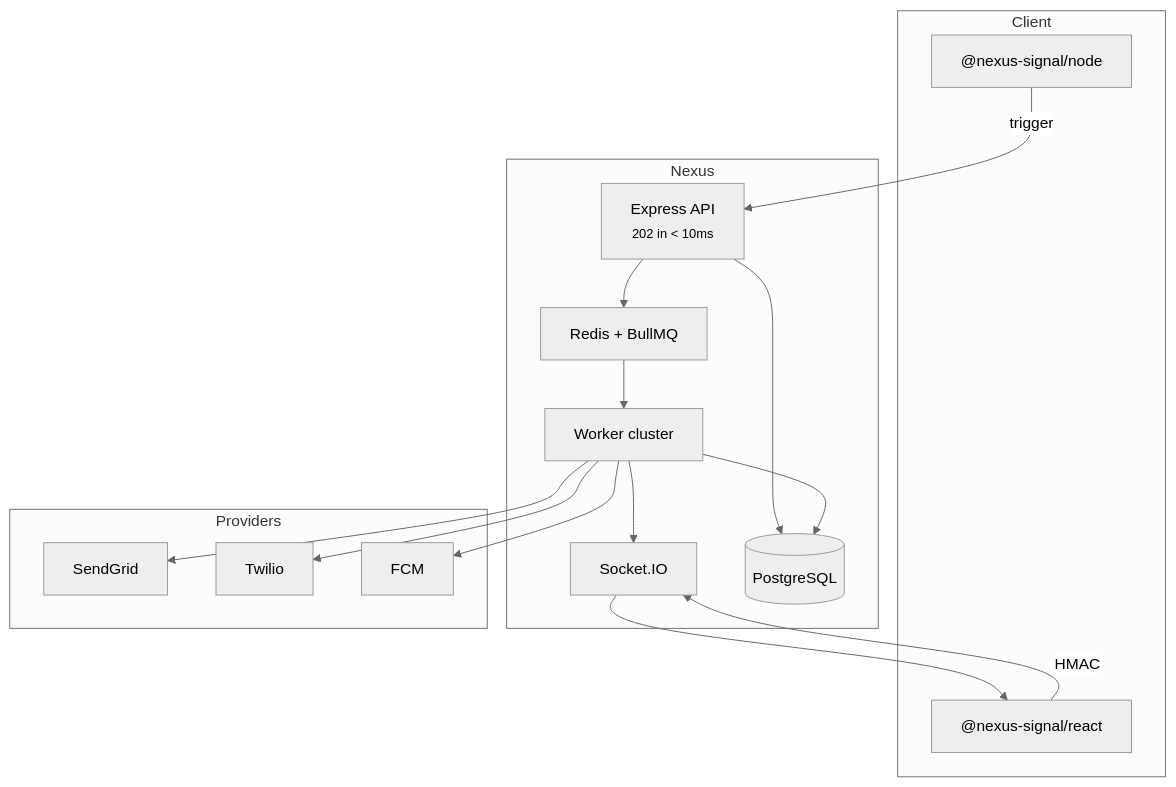
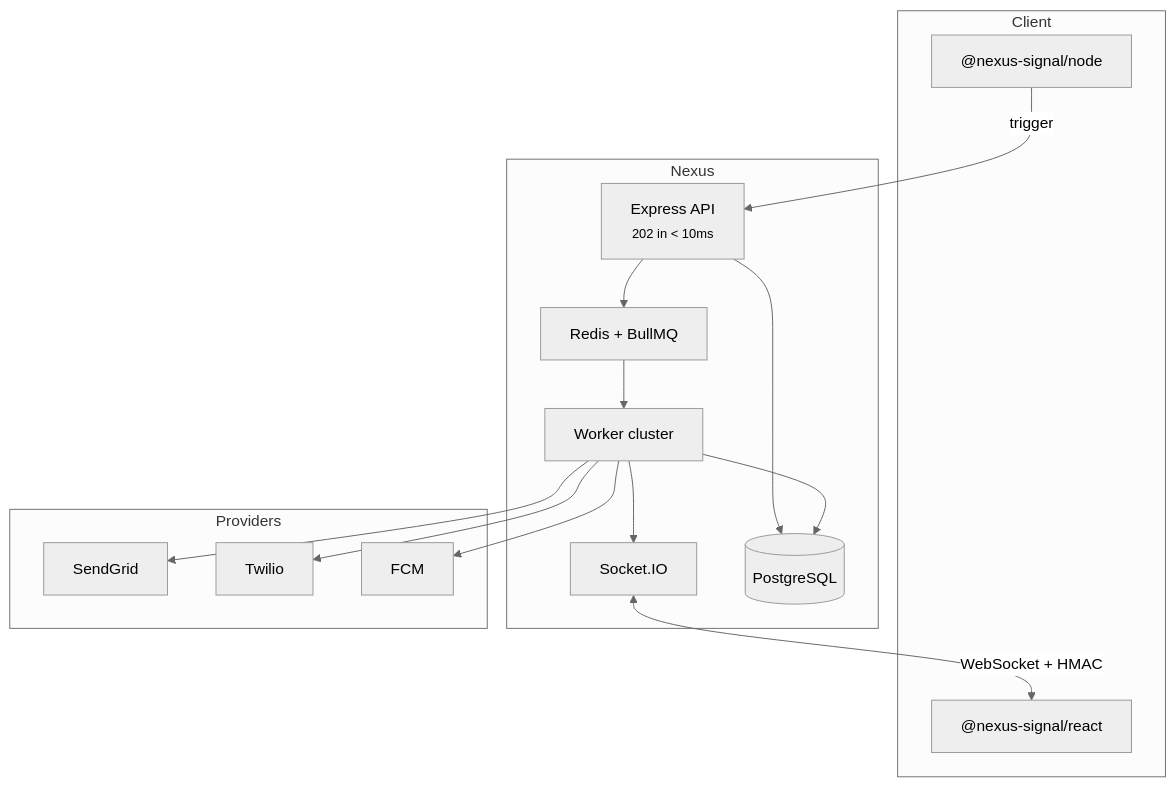
One commit to KriyanshKhunt/nexus_docs changed the diagram in content/docs/en/platform/concepts/architecture.mdx. Above: the diagram before and after it, drawn with Mermaid (neutral theme). The commit also changed 3 other files, not shown here.

````diff
--- a/content/docs/en/platform/concepts/architecture.mdx
+++ b/content/docs/en/platform/concepts/architecture.mdx
@@ -8,31 +8,30 @@
 ```mermaid
 flowchart TB
   subgraph Client
     SDK["@nexus-signal/node"]
     UI["@nexus-signal/react"]
   end
 
   subgraph Nexus
     API["Express API<br/><small>202 in &lt; 10ms</small>"]
     Q["Redis + BullMQ"]
     W["Worker cluster"]
     WS["Socket.IO"]
     DB[(PostgreSQL)]
   end
 
   subgraph Providers
     SG[SendGrid]
     TW[Twilio]
     FCM[FCM]
   end
 
   SDK -->|trigger| API
   API --> DB
   API --> Q
   Q --> W
   W --> DB
   W --> SG & TW & FCM
   W --> WS
-  WS --> UI
-  UI -->|HMAC| WS
+  WS <-->|WebSocket + HMAC| UI
 ```
````
